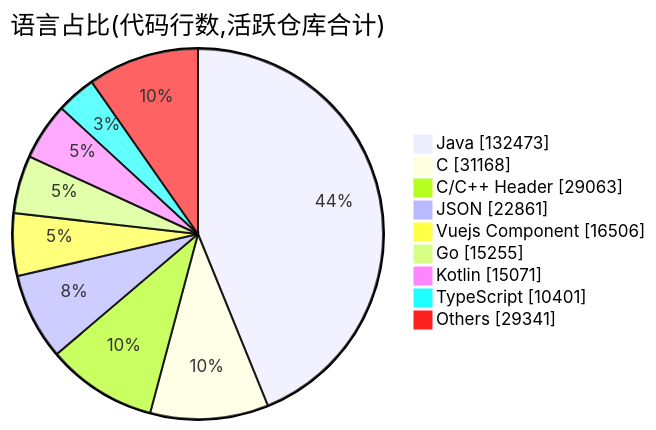
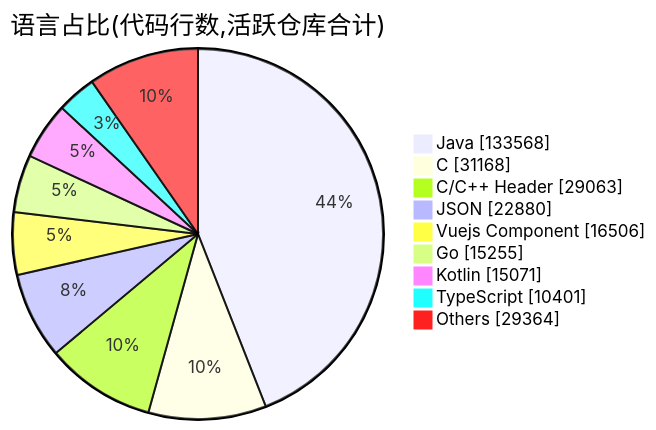
The second of 2 diagrams in profile/README.md (Conflux-Union/.github), drawn with Mermaid before and after one commit. The commit also changed other lines of this file and 1 other file, not shown here.

````diff
--- a/profile/README.md
+++ b/profile/README.md
@@ -79,13 +79,13 @@
 ```mermaid
 pie showData
     title 语言占比(代码行数,活跃仓库合计)
-    "Java" : 132473
+    "Java" : 133568
     "C" : 31168
     "C/C++ Header" : 29063
-    "JSON" : 22861
+    "JSON" : 22880
     "Vuejs Component" : 16506
     "Go" : 15255
     "Kotlin" : 15071
     "TypeScript" : 10401
-    "Others" : 29341
+    "Others" : 29364
 ```
````
